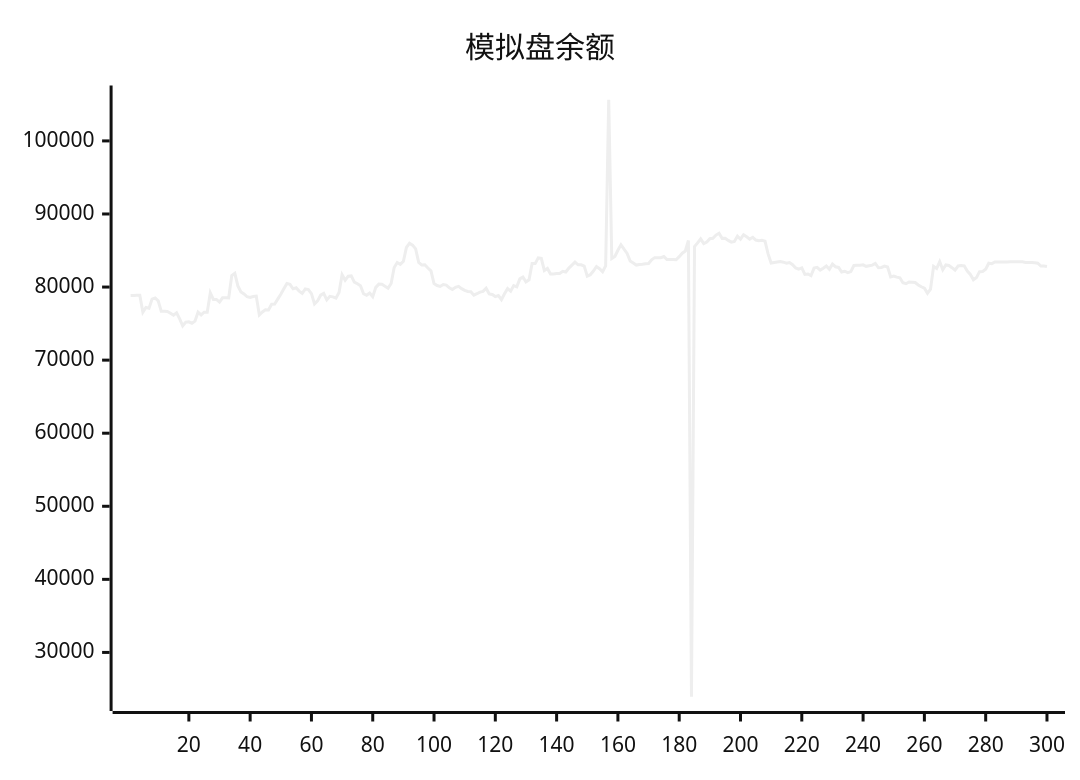
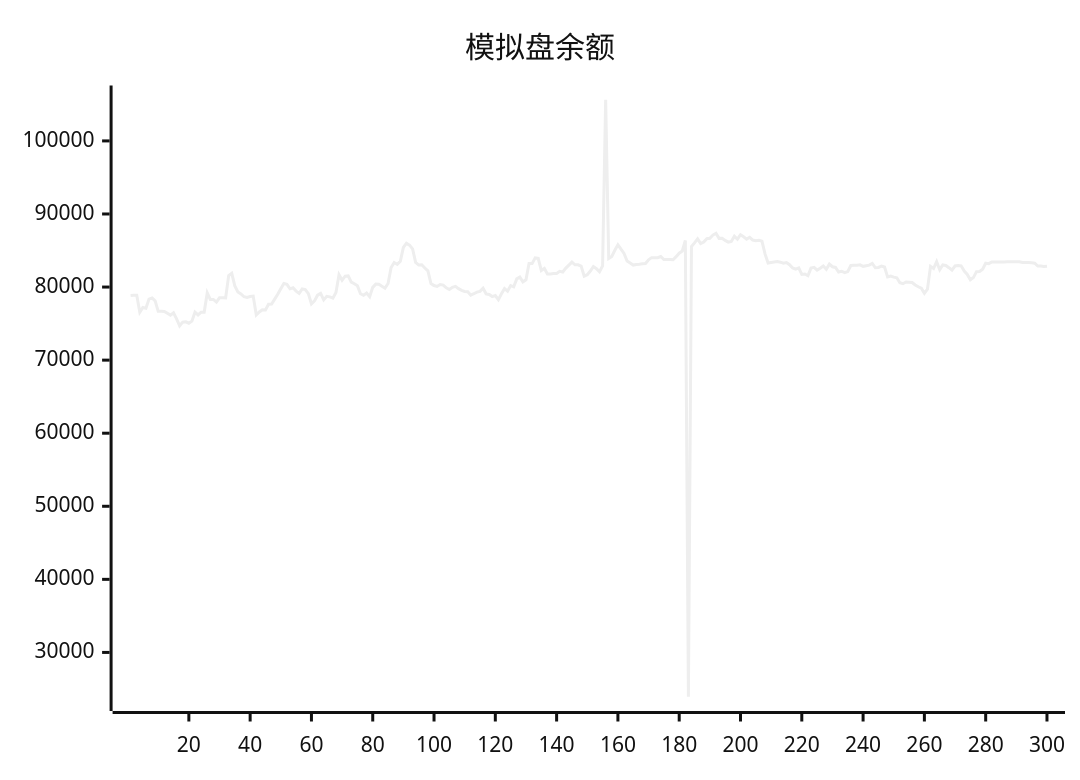
Before and after one commit to aahl/ai-trading: the diagram in README.md, drawn with Mermaid (neutral theme). The commit also changed other lines of this file and 1 other file, not shown here.

````diff
--- a/README.md
+++ b/README.md
@@ -5,5 +5,5 @@
 ```mermaid
 xychart
     title "模拟盘余额"
-    line [78850,78850,78878,78878,76554,77202,77103,78357,78510,78106,76678,76677,76672,76411,76159,76485,75656,74695,75197,75246,75052,75334,76564,76179,76553,76551,79196,78300,78300,77944,78531,78531,78521,81564,81884,80160,79335,79055,78675,78580,78708,78764,76179,76586,76902,76876,77658,77669,78346,79023,79769,80497,80366,79761,79896,79448,79126,79749,79658,79097,77695,78114,78888,79126,78249,78738,78653,78478,79271,81680,80923,81488,81527,80681,80455,80190,79084,78879,79193,78686,79954,80403,80374,80118,79848,80491,82665,83351,83098,83525,85430,85983,85737,85221,83378,83014,83043,82613,82216,80477,80208,80081,80348,80277,79894,79670,79965,80093,79786,79542,79406,79371,78893,79087,79304,79406,79841,79072,78978,78696,78846,78272,79085,79787,79442,80198,80031,81120,81379,80718,80985,83214,83212,83993,83921,82270,82547,81776,81776,81866,81866,82158,82061,82596,83000,83408,83041,83050,82858,81503,81691,82188,82812,82517,82092,82901,105633,83898,84180,85030,85781,85178,84604,83569,83298,83008,83093,83107,83175,83228,83729,84025,84017,84019,84177,83775,83762,83785,83738,84160,84639,84939,86370,23934,85548,86046,86599,85942,86161,86622,86664,87115,87369,86666,86685,86384,86152,86243,86969,86548,87164,86885,86566,86809,86427,86348,86417,86273,84538,83299,83369,83430,83490,83404,83270,83362,83056,82605,82459,82614,81734,81788,81551,82598,82702,82320,82580,82878,82426,83139,82778,82686,82056,82166,81963,82110,82951,82983,82984,83038,82838,82915,82998,83235,82642,82682,82858,82746,81396,81512,81362,81277,80600,80461,80699,80673,80616,80288,80038,79836,79142,79722,82837,82533,83480,82366,83032,82960,82654,82330,82883,82934,82901,82188,81728,81005,81298,82110,82135,82449,83264,83203,83440,83439,83440,83440,83446,83447,83448,83447,83448,83449,83369,83369,83369,83313,83256,82872,82873,82801]
+    line [78850,78878,78878,76554,77202,77103,78357,78510,78106,76678,76677,76672,76411,76159,76485,75656,74695,75197,75246,75052,75334,76564,76179,76553,76551,79196,78300,78300,77944,78531,78531,78521,81564,81884,80160,79335,79055,78675,78580,78708,78764,76179,76586,76902,76876,77658,77669,78346,79023,79769,80497,80366,79761,79896,79448,79126,79749,79658,79097,77695,78114,78888,79126,78249,78738,78653,78478,79271,81680,80923,81488,81527,80681,80455,80190,79084,78879,79193,78686,79954,80403,80374,80118,79848,80491,82665,83351,83098,83525,85430,85983,85737,85221,83378,83014,83043,82613,82216,80477,80208,80081,80348,80277,79894,79670,79965,80093,79786,79542,79406,79371,78893,79087,79304,79406,79841,79072,78978,78696,78846,78272,79085,79787,79442,80198,80031,81120,81379,80718,80985,83214,83212,83993,83921,82270,82547,81776,81776,81866,81866,82158,82061,82596,83000,83408,83041,83050,82858,81503,81691,82188,82812,82517,82092,82901,105633,83898,84180,85030,85781,85178,84604,83569,83298,83008,83093,83107,83175,83228,83729,84025,84017,84019,84177,83775,83762,83785,83738,84160,84639,84939,86370,23934,85548,86046,86599,85942,86161,86622,86664,87115,87369,86666,86685,86384,86152,86243,86969,86548,87164,86885,86566,86809,86427,86348,86417,86273,84538,83299,83369,83430,83490,83404,83270,83362,83056,82605,82459,82614,81734,81788,81551,82598,82702,82320,82580,82878,82426,83139,82778,82686,82056,82166,81963,82110,82951,82983,82984,83038,82838,82915,82998,83235,82642,82682,82858,82746,81396,81512,81362,81277,80600,80461,80699,80673,80616,80288,80038,79836,79142,79722,82837,82533,83480,82366,83032,82960,82654,82330,82883,82934,82901,82188,81728,81005,81298,82110,82135,82449,83264,83203,83440,83439,83440,83440,83446,83447,83448,83447,83448,83449,83369,83369,83369,83313,83256,82872,82873,82801,82844]
 ```
````
